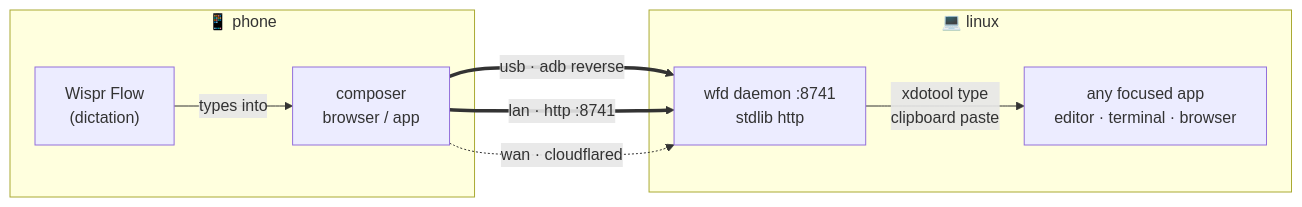
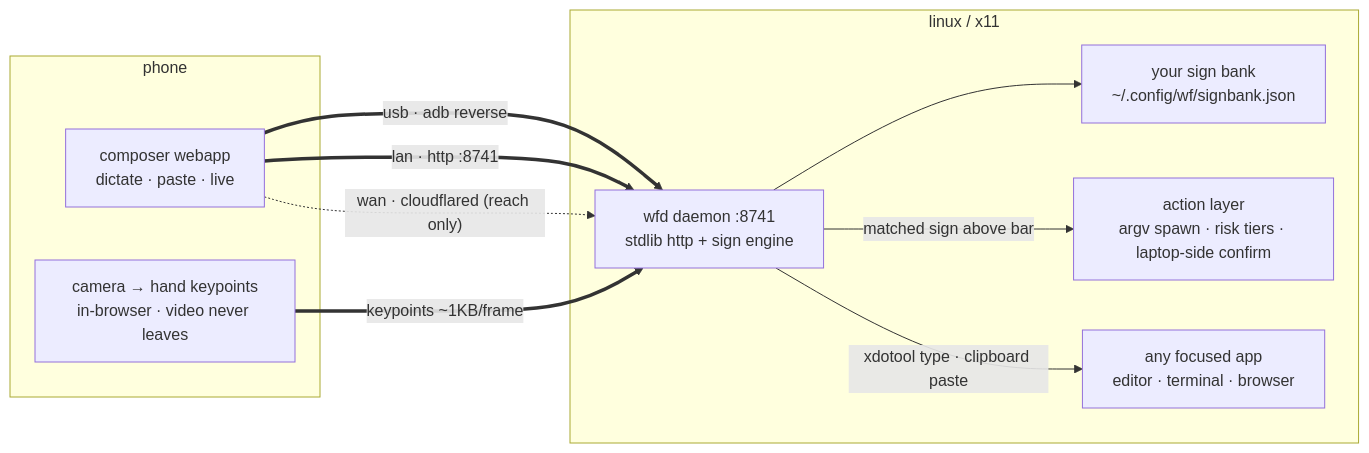
Before and after one commit to GC-WORK11/wispr-wrap: the first of 2 diagrams in README.md, drawn with Mermaid. The commit also changed other lines of this file and 4 other files, not shown here.

````diff
--- a/README.md
+++ b/README.md
@@ -14,16 +33,20 @@
 ```mermaid
 flowchart LR
-    subgraph phone["📱 phone"]
-        W["Wispr Flow<br/>(dictation)"]
-        C["composer<br/>browser / app"]
-        W -->|"types into"| C
+    subgraph phone["phone"]
+        C["composer webapp<br/>dictate · paste · live"]
+        CAM["camera → hand keypoints<br/>in-browser · video never leaves"]
     end
-    subgraph laptop["💻 linux"]
-        D["wfd daemon :8741<br/>stdlib http"]
+    subgraph laptop["linux / x11"]
+        D["wfd daemon :8741<br/>stdlib http + sign engine"]
+        B["your sign bank<br/>~/.config/wf/signbank.json"]
+        A["action layer<br/>argv spawn · risk tiers · laptop-side confirm"]
         X["any focused app<br/>editor · terminal · browser"]
-        D -->|"xdotool type<br/>clipboard paste"| X
+        D --> B
+        D -->|"matched sign above bar"| A
+        D -->|"xdotool type · clipboard paste"| X
     end
     C ==>|"usb · adb reverse"| D
     C ==>|"lan · http :8741"| D
-    C -.->|"wan · cloudflared"| D
+    C -.->|"wan · cloudflared (reach only)"| D
+    CAM ==>|"keypoints ~1KB/frame"| D
 ```
````
